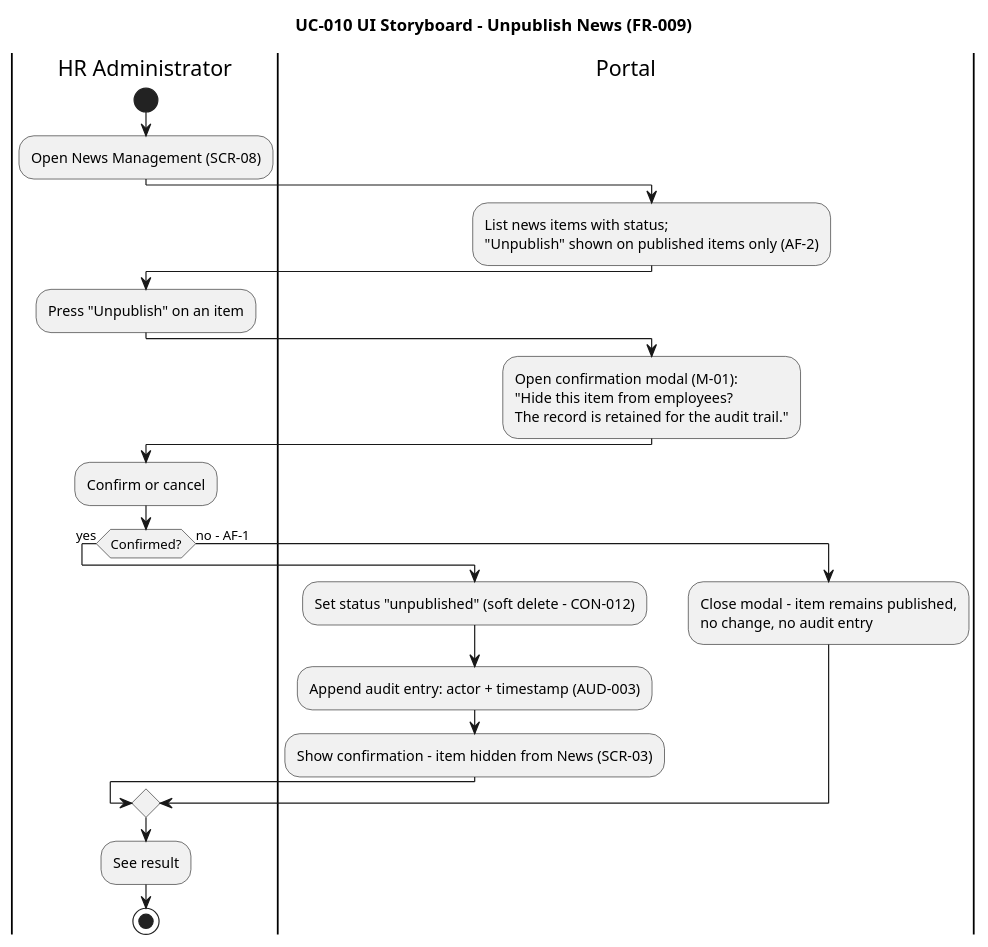
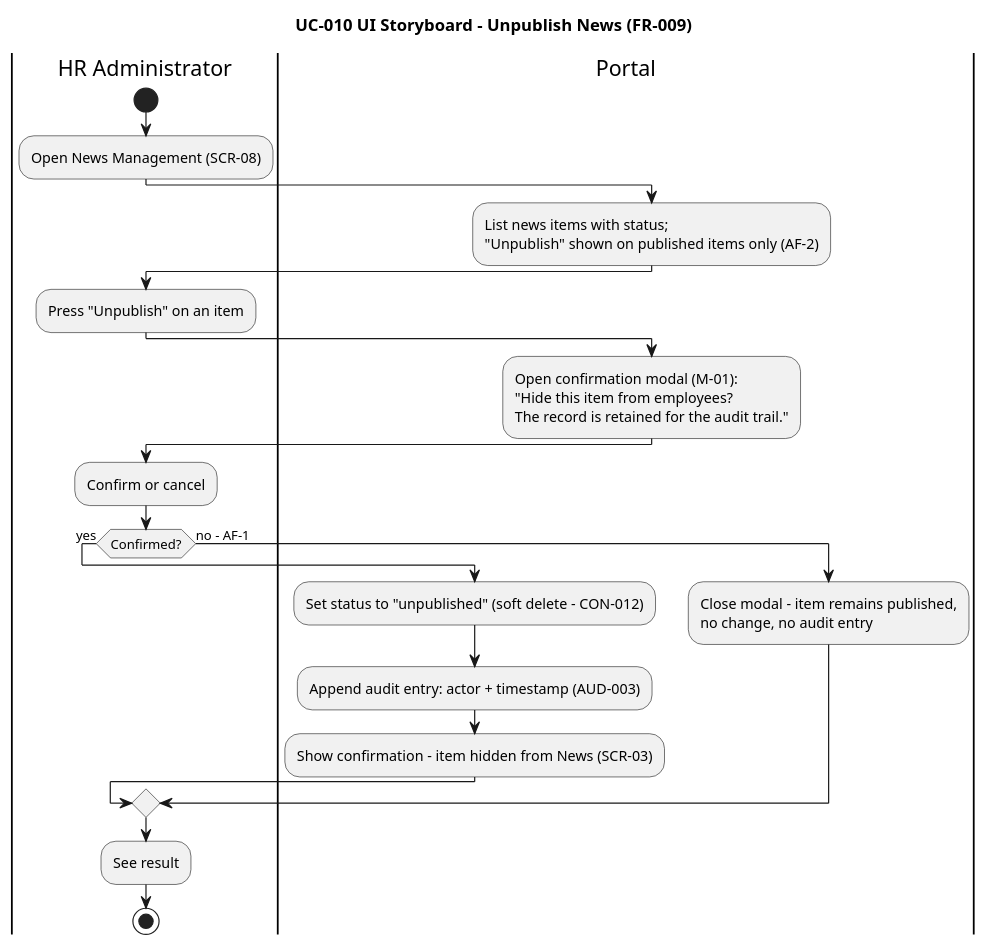
Diagram 15 of 16 in docs/artifacts/requirements/use-case-model.md (banense-test/employee-portal), drawn with PlantUML before and after one commit. The commit also changed other lines of this file, not shown here.

````diff
--- a/docs/artifacts/requirements/use-case-model.md
+++ b/docs/artifacts/requirements/use-case-model.md
@@ -884,28 +886,28 @@
 ```plantuml
 @startuml
 title UC-010 UI Storyboard - Unpublish News (FR-009)
 |HR Administrator|
 start
 :Open News Management (SCR-08);
 |Portal|
 :List news items with status;\n"Unpublish" shown on published items only (AF-2);
 |HR Administrator|
 :Press "Unpublish" on an item;
 |Portal|
 :Open confirmation modal (M-01):\n"Hide this item from employees?\nThe record is retained for the audit trail.";
 |HR Administrator|
 :Confirm or cancel;
 if (Confirmed?) then (yes)
   |Portal|
-  :Set status "unpublished" (soft delete - CON-012);
+  :Set status to "unpublished" (soft delete - CON-012);
   :Append audit entry: actor + timestamp (AUD-003);
   :Show confirmation - item hidden from News (SCR-03);
 else (no - AF-1)
   |Portal|
   :Close modal - item remains published,\nno change, no audit entry;
 endif
 |HR Administrator|
 :See result;
 stop
 @enduml
 ```
````
